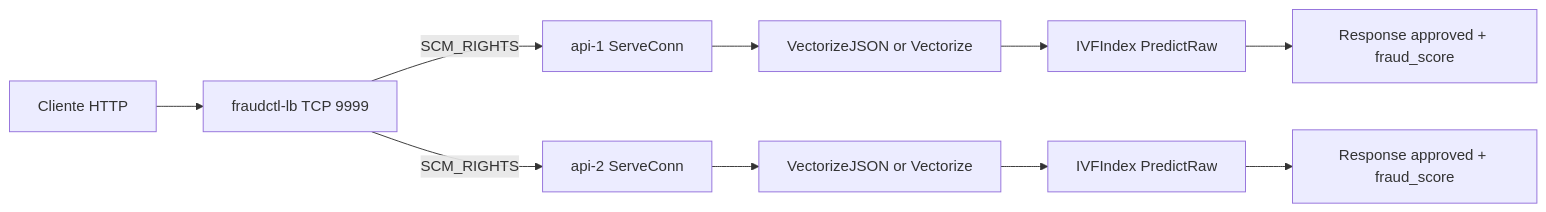
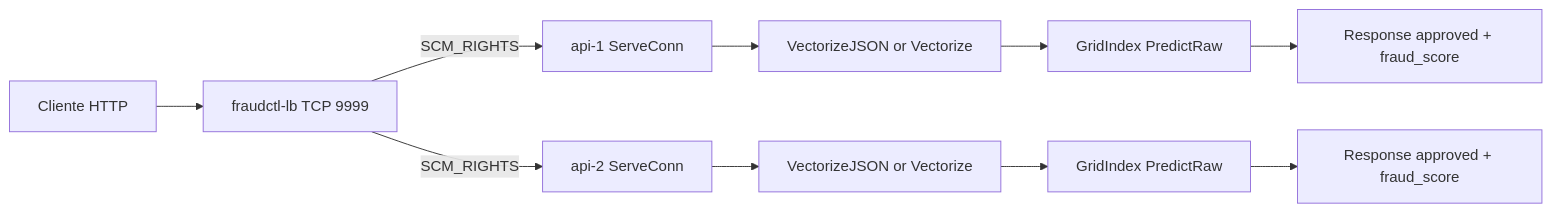
One commit to fabianoflorentino/fraudctl changed the diagram in README.md. Above: the diagram before and after it, drawn with Mermaid. The commit also changed other lines of this file and 1 other file, not shown here.

First line of the commit message:
docs: update README and ARCHITECTURE for grid index

````diff
--- a/README.md
+++ b/README.md
@@ -15,12 +15,12 @@
 ```mermaid
 flowchart LR
     C[Cliente HTTP] --> LB[fraudctl-lb TCP 9999]
     LB -->|SCM_RIGHTS| A1[api-1 ServeConn]
     LB -->|SCM_RIGHTS| A2[api-2 ServeConn]
     A1 --> V1[VectorizeJSON or Vectorize]
     A2 --> V2[VectorizeJSON or Vectorize]
-    V1 --> K1[IVFIndex PredictRaw]
-    V2 --> K2[IVFIndex PredictRaw]
+    V1 --> K1[GridIndex PredictRaw]
+    V2 --> K2[GridIndex PredictRaw]
     K1 --> R1[Response approved + fraud_score]
     K2 --> R2[Response approved + fraud_score]
 ```
````
